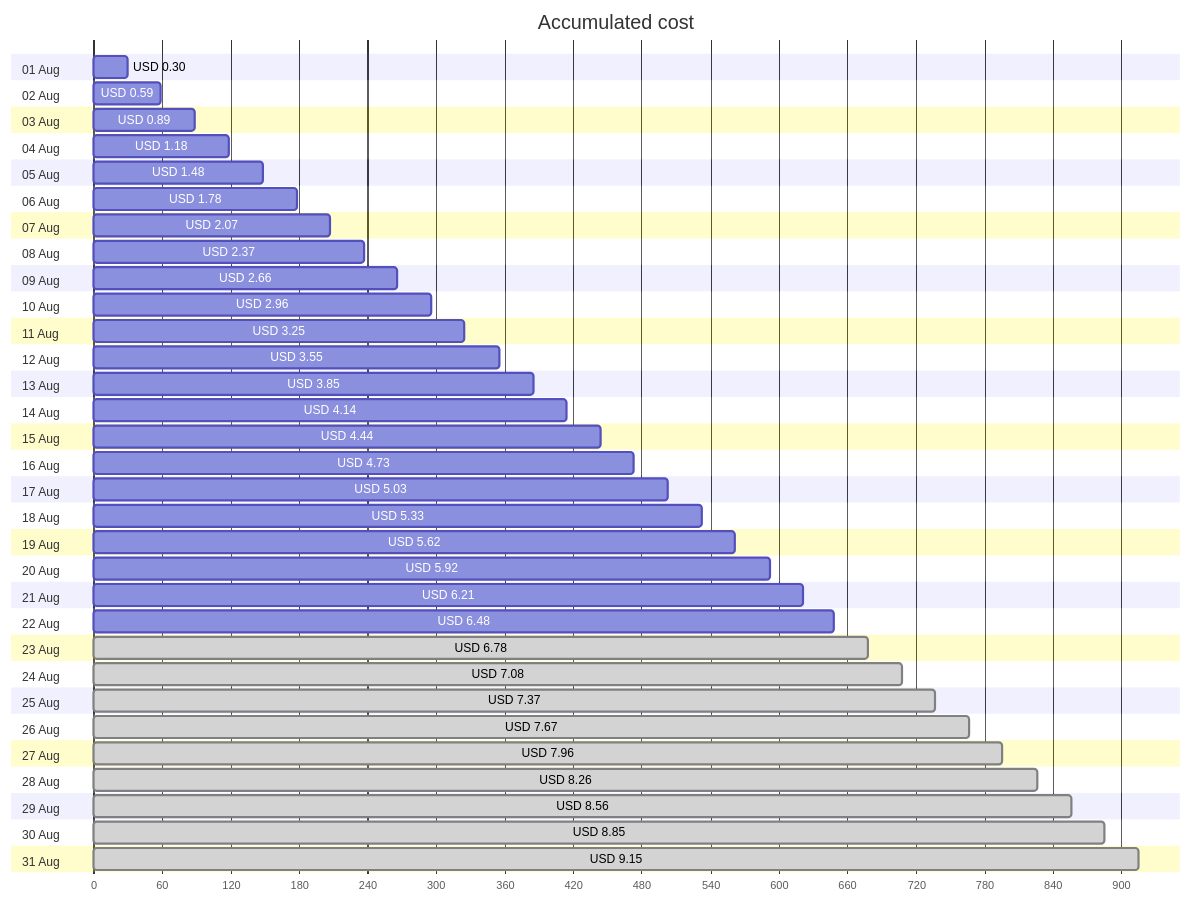
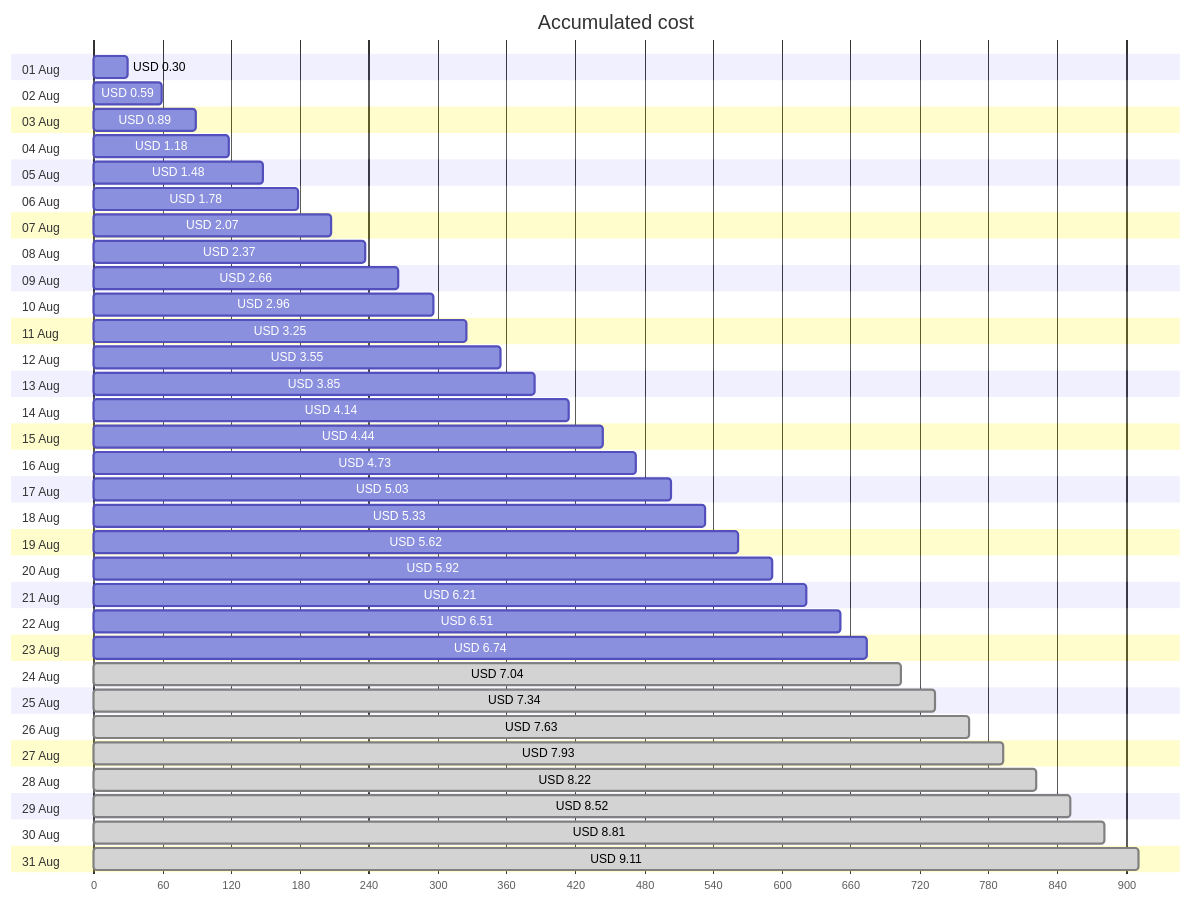
Before and after one commit to jpfulton/azure-personal-reports: the first of 4 diagrams in cost-reports/personal-site/personal-site-preview.md, drawn with Mermaid. The commit also changed other lines of this file and 6 other files, not shown here.

````diff
--- a/cost-reports/personal-site/personal-site-preview.md
+++ b/cost-reports/personal-site/personal-site-preview.md
@@ -20,68 +20,68 @@
 ```mermaid
 gantt
    title Accumulated cost
    dateFormat  X
    axisFormat %s
    section 01 Aug
    USD 0.30 :0, 30
    section 02 Aug
    USD 0.59 :0, 59
    section 03 Aug
    USD 0.89 :0, 89
    section 04 Aug
    USD 1.18 :0, 118
    section 05 Aug
    USD 1.48 :0, 148
    section 06 Aug
    USD 1.78 :0, 178
    section 07 Aug
    USD 2.07 :0, 207
    section 08 Aug
    USD 2.37 :0, 237
    section 09 Aug
    USD 2.66 :0, 266
    section 10 Aug
    USD 2.96 :0, 296
    section 11 Aug
    USD 3.25 :0, 325
    section 12 Aug
    USD 3.55 :0, 355
    section 13 Aug
    USD 3.85 :0, 385
    section 14 Aug
    USD 4.14 :0, 414
    section 15 Aug
    USD 4.44 :0, 444
    section 16 Aug
    USD 4.73 :0, 473
    section 17 Aug
    USD 5.03 :0, 503
    section 18 Aug
    USD 5.33 :0, 533
    section 19 Aug
    USD 5.62 :0, 562
    section 20 Aug
    USD 5.92 :0, 592
    section 21 Aug
    USD 6.21 :0, 621
    section 22 Aug
-   USD 6.48 :0, 648
+   USD 6.51 :0, 651
    section 23 Aug
-   USD 6.78 : done, 0, 678
+   USD 6.74 :0, 674
    section 24 Aug
-   USD 7.08 : done, 0, 708
+   USD 7.04 : done, 0, 704
    section 25 Aug
-   USD 7.37 : done, 0, 737
+   USD 7.34 : done, 0, 734
    section 26 Aug
-   USD 7.67 : done, 0, 767
+   USD 7.63 : done, 0, 763
    section 27 Aug
-   USD 7.96 : done, 0, 796
+   USD 7.93 : done, 0, 793
    section 28 Aug
-   USD 8.26 : done, 0, 826
+   USD 8.22 : done, 0, 822
    section 29 Aug
-   USD 8.56 : done, 0, 856
+   USD 8.52 : done, 0, 852
    section 30 Aug
-   USD 8.85 : done, 0, 885
+   USD 8.81 : done, 0, 881
    section 31 Aug
-   USD 9.15 : done, 0, 915
+   USD 9.11 : done, 0, 911
 ```
````
